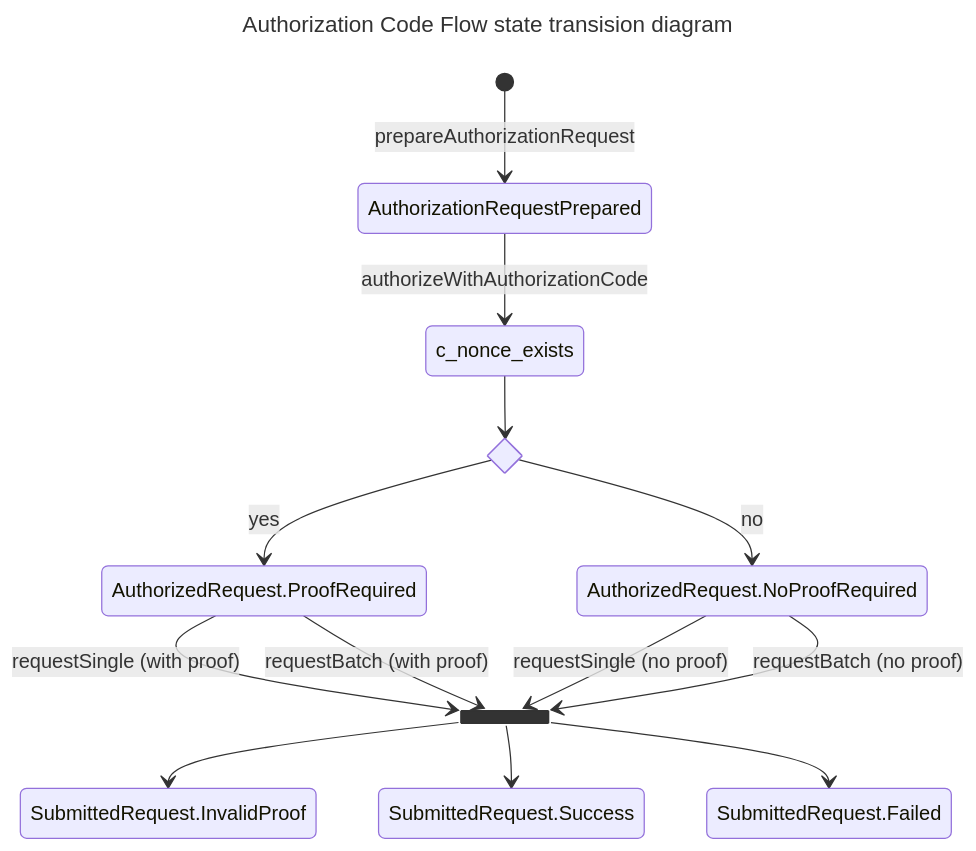
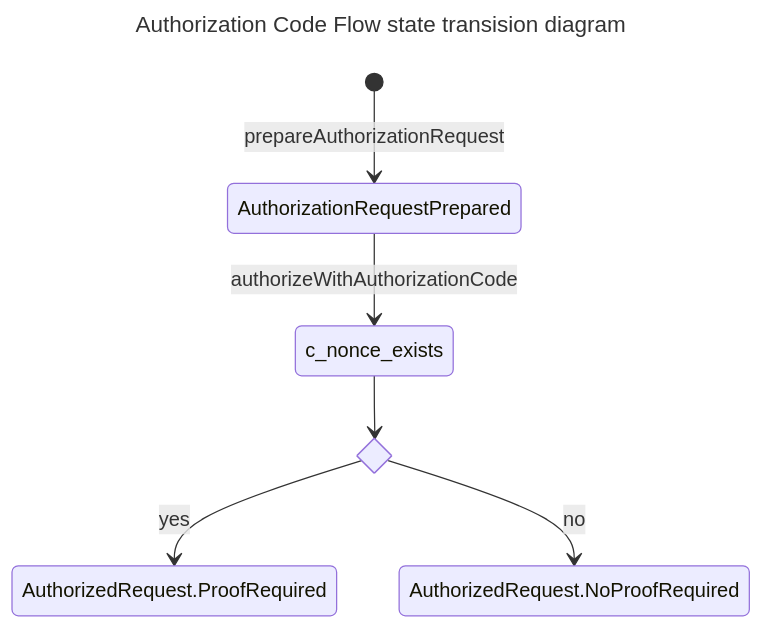
One commit to eu-digital-identity-wallet/eudi-lib-jvm-openid4vci-kt changed the first of 2 diagrams in README.md. Above: the diagram before and after it, drawn with Mermaid. The commit also changed other lines of this file, not shown here.

````diff
--- a/README.md
+++ b/README.md
@@ -63,21 +199,12 @@
 ```mermaid 
 ---
 title: Authorization Code Flow state transision diagram
 ---
-stateDiagram-v2 
-    state c_nonce_returned <<choice>>    
-    state join_state <<join>>
-    [*] --> AuthorizationRequestPrepared: prepareAuthorizationRequest    
+stateDiagram-v2
+    state c_nonce_returned <<choice>>
+    [*] --> AuthorizationRequestPrepared: prepareAuthorizationRequest
     AuthorizationRequestPrepared --> c_nonce_exists: authorizeWithAuthorizationCode
-    c_nonce_exists --> c_nonce_returned 
+    c_nonce_exists --> c_nonce_returned
     c_nonce_returned --> AuthorizedRequest.ProofRequired : yes
-    c_nonce_returned --> AuthorizedRequest.NoProofRequired : no
-    AuthorizedRequest.ProofRequired --> join_state: requestSingle (with proof)
-    AuthorizedRequest.ProofRequired --> join_state: requestBatch (with proof)
-    AuthorizedRequest.NoProofRequired --> join_state: requestSingle (no proof)
-    AuthorizedRequest.NoProofRequired --> join_state: requestBatch (no proof)
-    join_state --> SubmittedRequest.InvalidProof
-    join_state --> SubmittedRequest.Success
-    join_state --> SubmittedRequest.Failed
-    
+c_nonce_returned --> AuthorizedRequest.NoProofRequired : no
 ```
````
